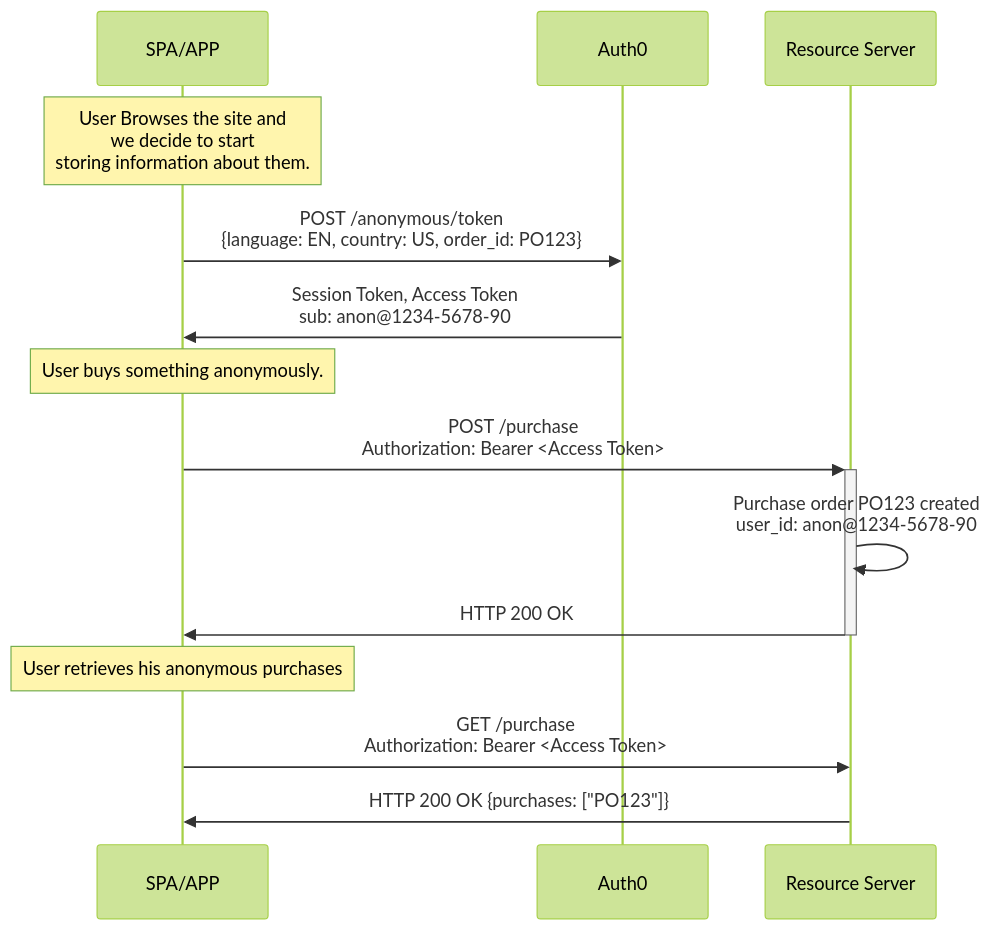
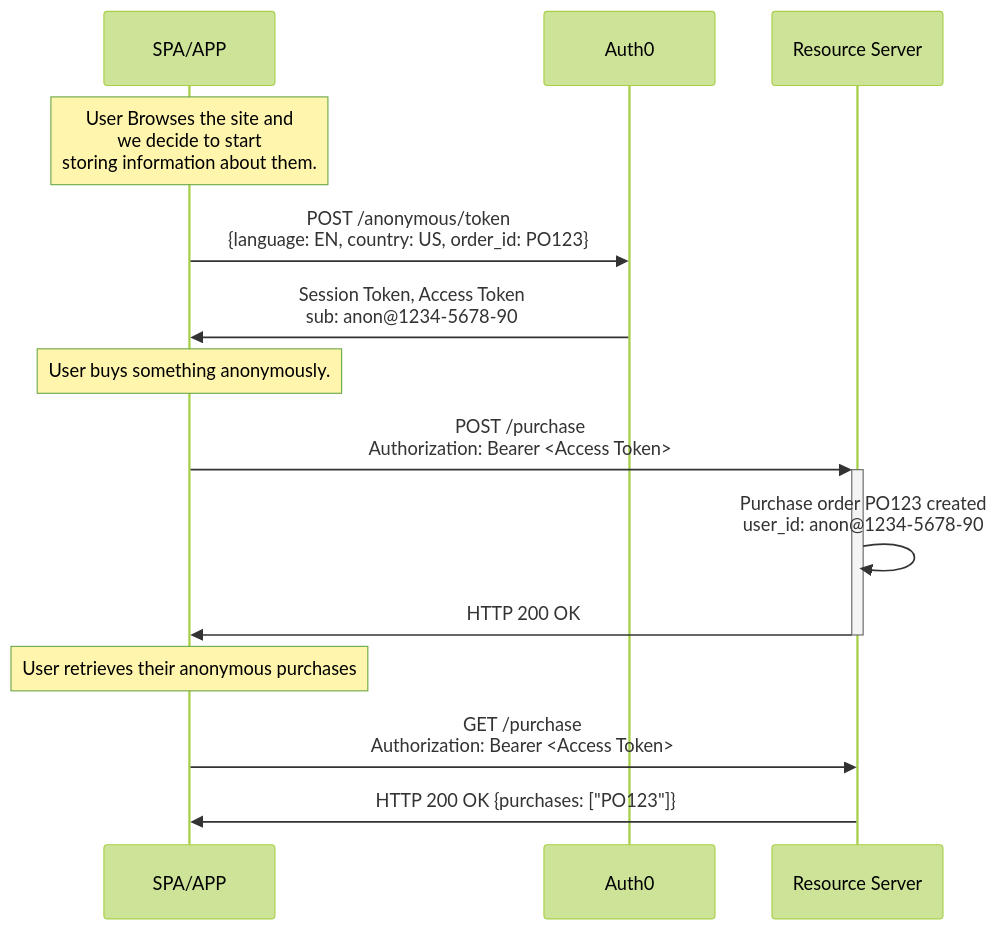
One commit to auth0/docs-v2 changed the first of 2 diagrams in main/docs/manage-users/sessions/anonymous-sessions.mdx. Above: the diagram before and after it, drawn with Mermaid (forest theme). The commit also changed other lines of this file and 3 other files, not shown here.

````diff
--- a/main/docs/manage-users/sessions/anonymous-sessions.mdx
+++ b/main/docs/manage-users/sessions/anonymous-sessions.mdx
@@ -42,16 +42,16 @@
 ```mermaid actions={false}
 sequenceDiagram
   participant app as SPA/APP
   participant idp as Auth0
   participant rs as Resource Server
   note over app: User Browses the site and <br> we decide to start <br> storing information about them.
   app ->> idp: POST /anonymous/token<br>{language: EN, country: US, order_id: PO123}
   idp ->> app: Session Token, Access Token<br>sub: anon@1234-5678-90
   note over app: User buys something anonymously.
   app ->>+ rs: POST /purchase<br> Authorization: Bearer <Access Token>
   rs ->> rs: Purchase order PO123 created<br>user_id: anon@1234-5678-90
   rs ->>- app: HTTP 200 OK
-  note over app: User retrieves his anonymous purchases
+  note over app: User retrieves their anonymous purchases
   app ->> rs: GET /purchase<br> Authorization: Bearer <Access Token>
   rs ->> app: HTTP 200 OK {purchases: ["PO123"]}
 ```
````
